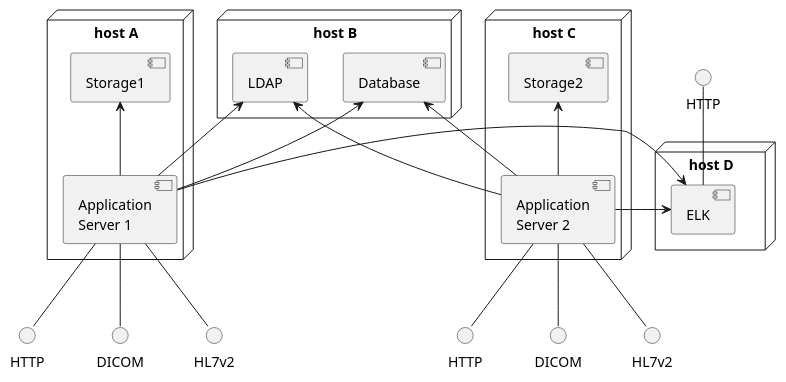
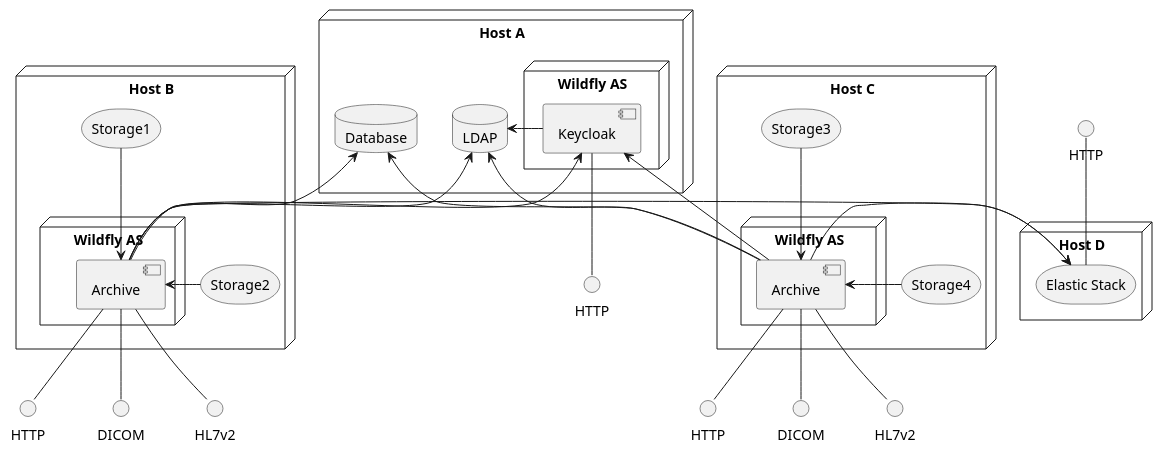
One commit to dcm4che/dcm4chee-arc-cs changed the diagram in docs/networking/model/multihost-deployment.puml. Above: the diagram before and after it, drawn with PlantUML. The commit also changed 2 other files, not shown here.

```diff
--- a/docs/networking/model/multihost-deployment.puml
+++ b/docs/networking/model/multihost-deployment.puml
@@ -1,33 +1,56 @@
 @startuml
-node "host A" {
-[Application\nServer 1] as arc1
-[Storage1] <-- arc1
+skinparam componentStyle uml2
+node "Host B" {
+node "Wildfly AS" as as1 {
+[Archive] as arc1
 }
-node "host C" {
-[Application\nServer 2] as arc2
-[Storage2] <-- arc2
+storage Storage1
+storage Storage2
 }
-node "host B" {
-[LDAP] <-- arc1
-[LDAP] <-- arc2
-[Database] <- arc1
-[Database] <- arc2
+node "Host C" {
+node "Wildfly AS" as as2 {
+[Archive] as arc2
 }
-node "host D" {
-arc1 -> [ELK]
-arc2 -> [ELK]
+storage Storage3
+storage Storage4
 }
-HTTP -- [ELK]
+node "Host A" {
+node "Wildfly AS" as as3 {
+[Keycloak] as kc
+}
+database LDAP
+database Database
+}
+node "Host D" {
+storage "Elastic Stack" as elk
+}
 () HTTP as http1
 () HTTP as http2
+() HTTP as http3
+() HTTP as http4
 () DICOM as dicom1
 () DICOM as dicom2
 () HL7v2 as hl71
 () HL7v2 as hl72
+LDAP <- kc
+kc -- http3
+http4 -- elk
+LDAP <-- arc1
+LDAP <-- arc2
+kc <-- arc1
+kc <-- arc2
+Database <- arc1
+Database <- arc2
+Storage1 --> arc1
+Storage2 -> arc1
+Storage3 --> arc2
+Storage4 -> arc2
+arc1 -> elk
+arc2 -> elk
 arc1 -- dicom1
 arc1 -- hl71
 arc1 -- http1
 arc2 -- dicom2
 arc2 -- hl72
 arc2 -- http2
 @enduml
```
